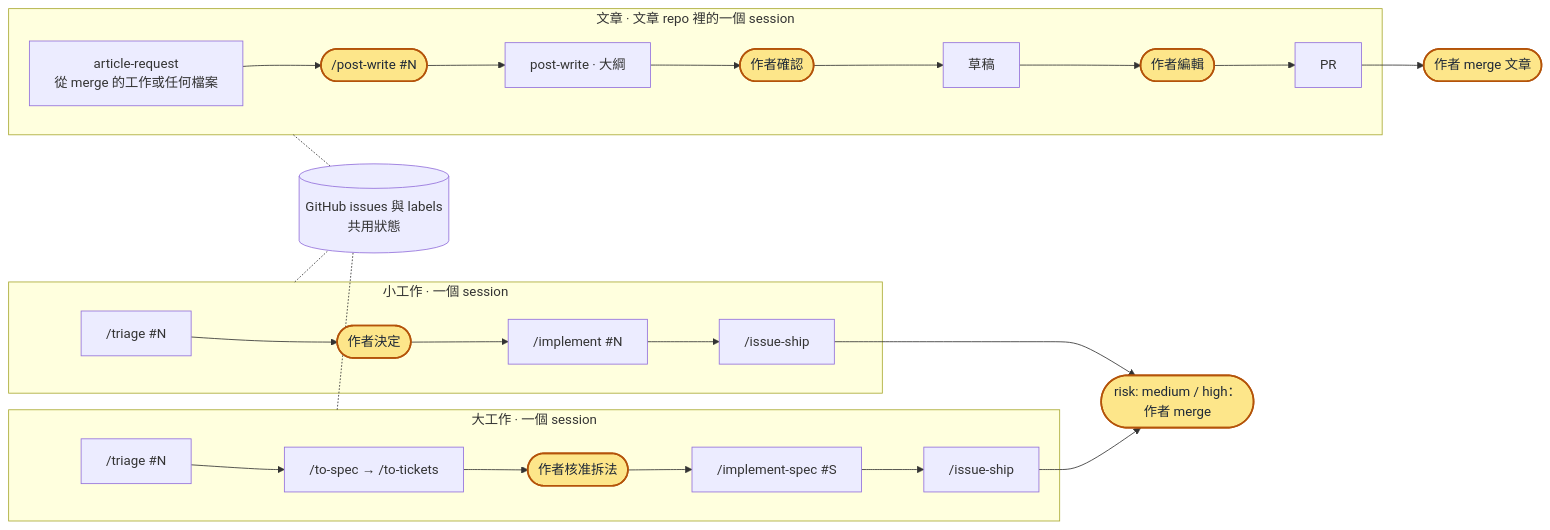
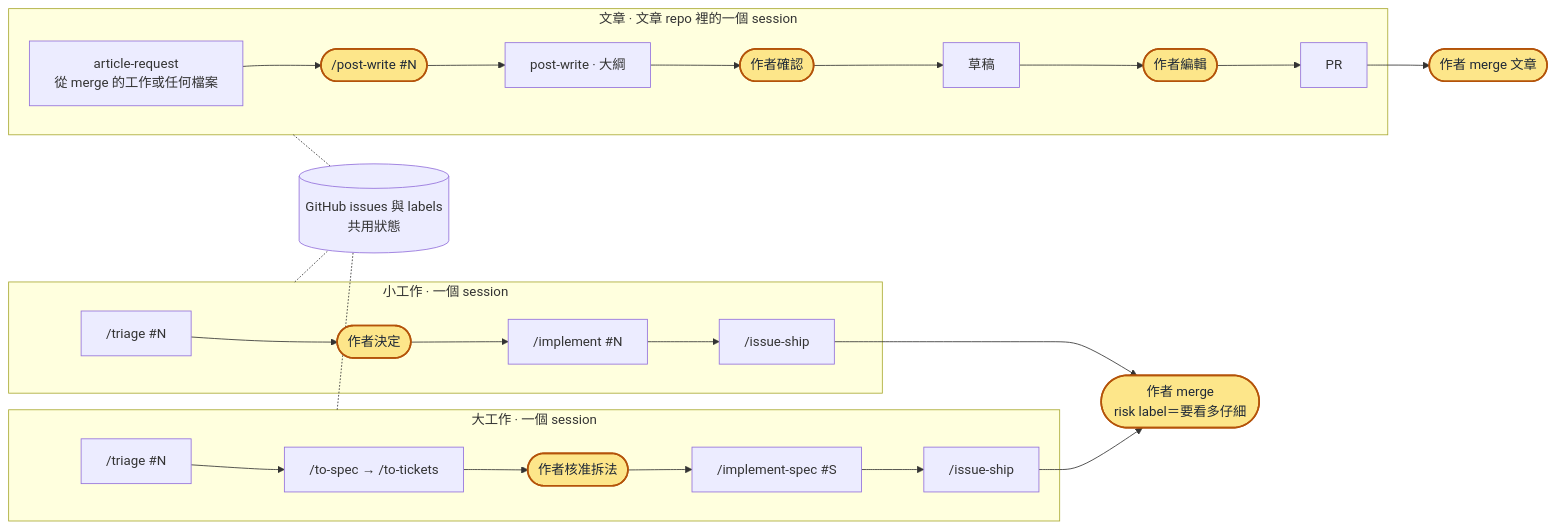
One commit to sean2249/skills changed the second of 2 diagrams in README.zh-TW.md. Above: the diagram before and after it, drawn with Mermaid. The commit also changed other lines of this file and 17 other files, not shown here.

````diff
--- a/README.zh-TW.md
+++ b/README.zh-TW.md
@@ -180,21 +178,21 @@
 ```mermaid
 flowchart LR
   subgraph SMALL["小工作 · 一個 session"]
     S1["/triage #N"] --> S2(["作者決定"]):::author --> S3["/implement #N"] --> S4["/issue-ship"]
   end
   subgraph BIG["大工作 · 一個 session"]
     B1["/triage #N"] --> B2["/to-spec → /to-tickets"] --> B3(["作者核准拆法"]):::author --> B4["/implement-spec #S"] --> B5["/issue-ship"]
   end
   subgraph POST["文章 · 文章 repo 裡的一個 session"]
     P0["article-request<br/>從 merge 的工作或任何檔案"] --> P1(["/post-write #N"]):::author --> P2["post-write · 大綱"] --> P3(["作者確認"]):::author --> P4["草稿"] --> P5(["作者編輯"]):::author --> P6["PR"]
   end
   BOARD[("GitHub issues 與 labels<br/>共用狀態")]
-  S4 --> M(["risk: medium / high：<br/>作者 merge"]):::author
+  S4 --> M(["作者 merge<br/>risk label＝要看多仔細"]):::author
   B5 --> M
   P6 --> MP(["作者 merge 文章"]):::author
   SMALL -.- BOARD
   BIG -.- BOARD
   POST -.- BOARD
 
   classDef author fill:#fde68a,stroke:#b45309,color:#1f2937,stroke-width:2px
 ```
````
